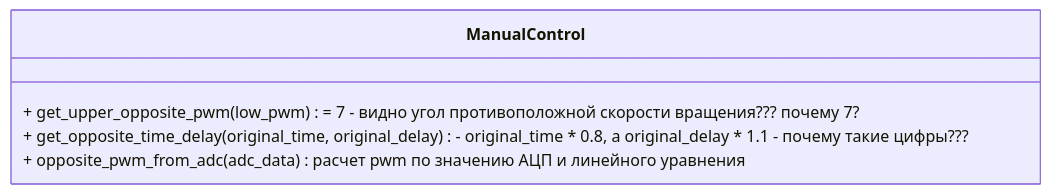
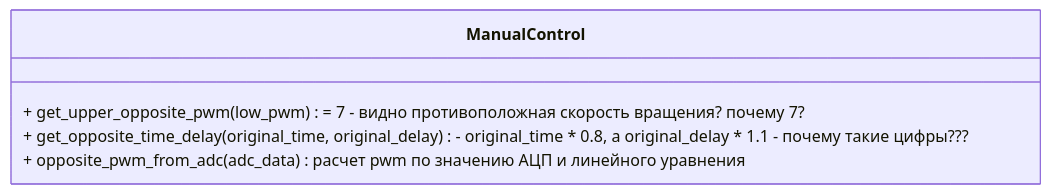
One commit to kosteleyyv/wiki_cybermed changed the third of 3 diagrams in README.md. Above: the diagram before and after it, drawn with Mermaid.

````diff
--- a/README.md
+++ b/README.md
@@ -137,8 +137,8 @@
 ```mermaid
 classDiagram
 class ManualControl{
-   + get_upper_opposite_pwm(low_pwm) = 7 - видно угол противоположной скорости вращения??? почему 7?
+   + get_upper_opposite_pwm(low_pwm) = 7 - видно противоположная скорость вращения? почему 7?
    + get_opposite_time_delay(original_time, original_delay) - original_time * 0.8, а original_delay * 1.1 - почему такие цифры???
    + opposite_pwm_from_adc(adc_data) расчет pwm по значению АЦП и линейного уравнения
 }
 ```
````
